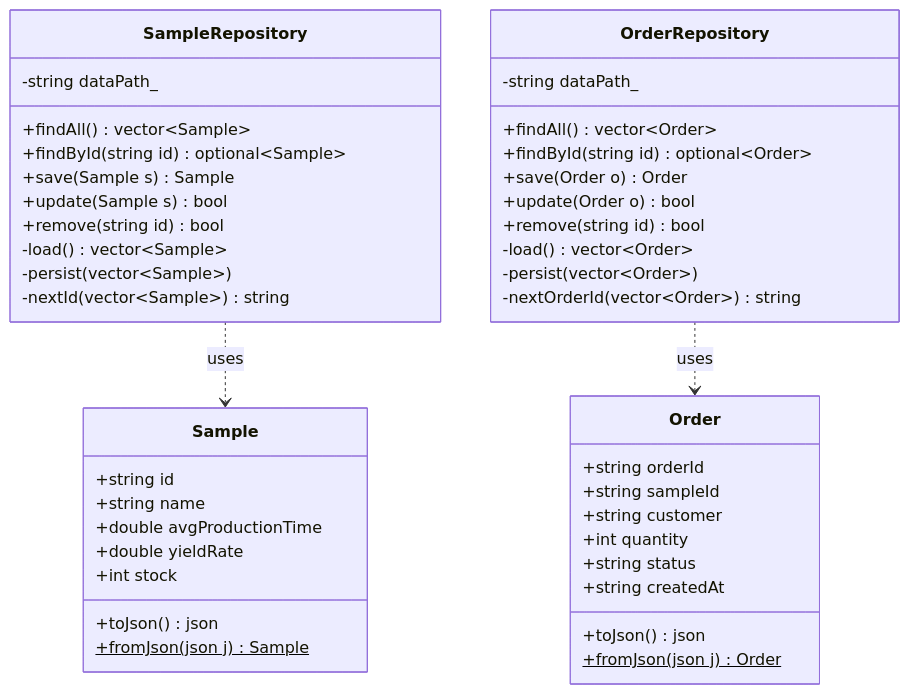
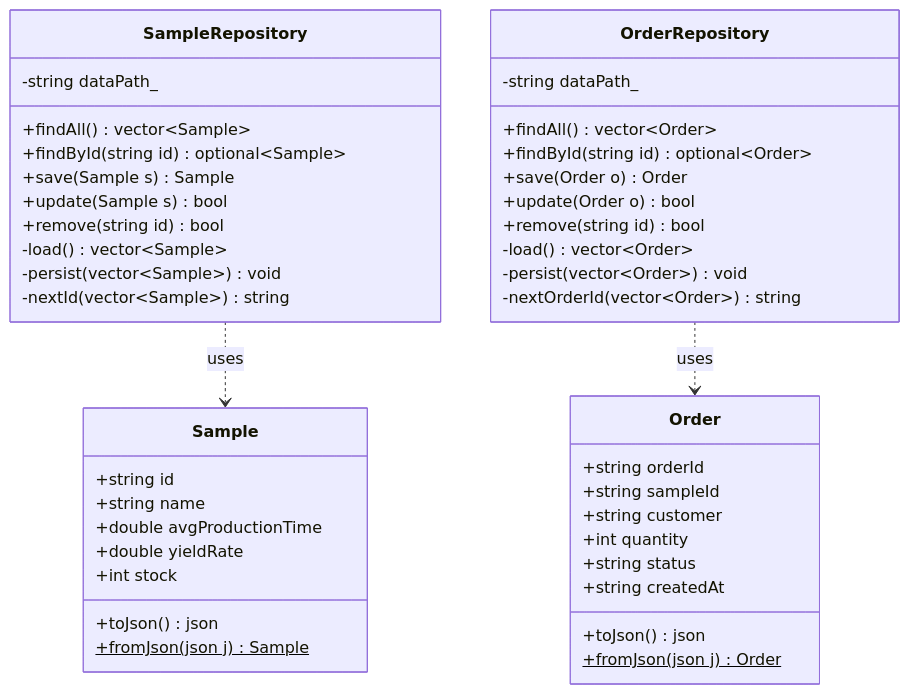
Before and after one commit to JOYUSIK/DataPersistence-JOYUSIK-21044893: the diagram in README.md, drawn with Mermaid. The commit also changed other lines of this file and 1 other file, not shown here.

````diff
--- a/README.md
+++ b/README.md
@@ -77,50 +147,50 @@
 ```mermaid
 classDiagram
     class Sample {
         +string id
         +string name
         +double avgProductionTime
         +double yieldRate
         +int stock
         +toJson() json
         +fromJson(json j)$ Sample
     }
 
     class Order {
         +string orderId
         +string sampleId
         +string customer
         +int quantity
         +string status
         +string createdAt
         +toJson() json
         +fromJson(json j)$ Order
     }
 
     class SampleRepository {
         -string dataPath_
         +findAll() vector~Sample~
         +findById(string id) optional~Sample~
         +save(Sample s) Sample
         +update(Sample s) bool
         +remove(string id) bool
         -load() vector~Sample~
-        -persist(vector~Sample~)
+        -persist(vector~Sample~) void
         -nextId(vector~Sample~) string
     }
 
     class OrderRepository {
         -string dataPath_
         +findAll() vector~Order~
         +findById(string id) optional~Order~
         +save(Order o) Order
         +update(Order o) bool
         +remove(string id) bool
         -load() vector~Order~
-        -persist(vector~Order~)
+        -persist(vector~Order~) void
         -nextOrderId(vector~Order~) string
     }
 
     SampleRepository ..> Sample : uses
     OrderRepository  ..> Order  : uses
 ```
````
